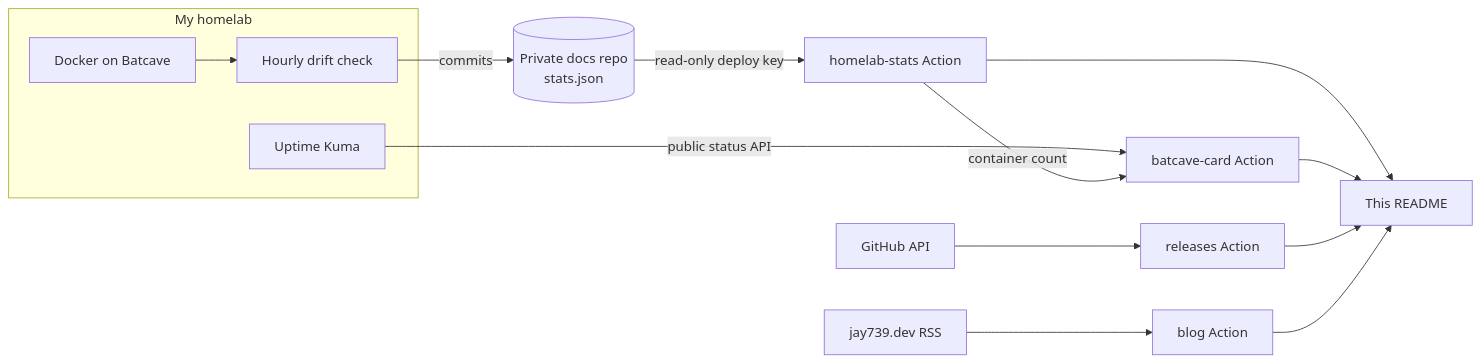
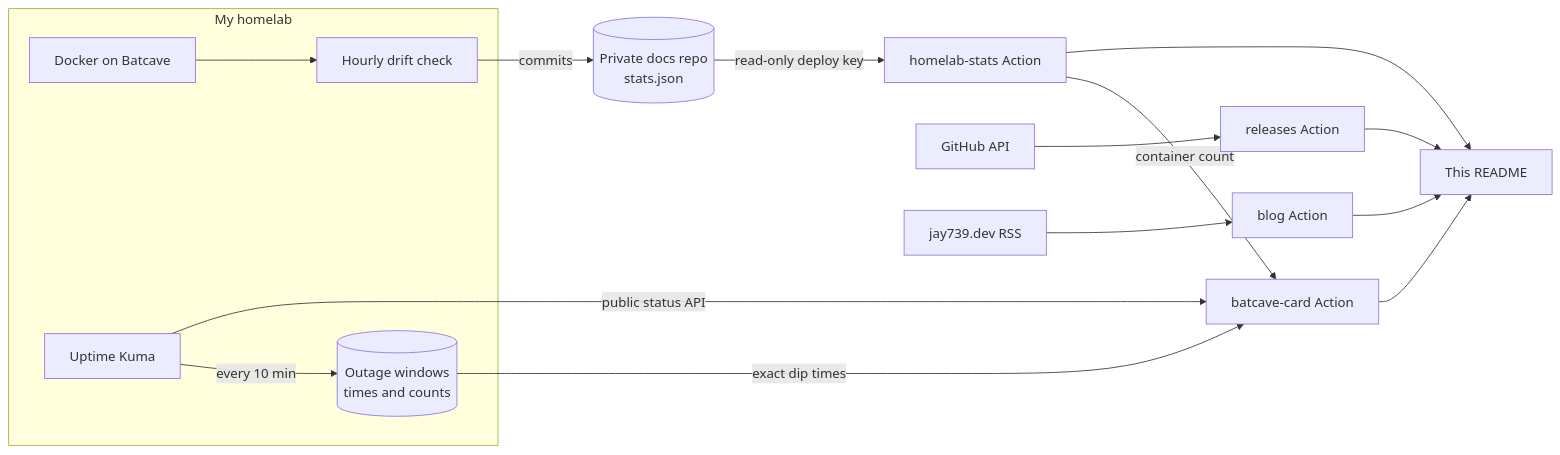
The diagram in README.md (jay739/jay739), drawn with Mermaid before and after one commit. The commit also changed other lines of this file and 1 other file, not shown here.

First line of the commit message:
Feed the outage windows to the Batcave card

````diff
--- a/README.md
+++ b/README.md
@@ -102,17 +102,18 @@
 ```mermaid
 flowchart LR
   subgraph lab["My homelab"]
     docker["Docker on Batcave"] --> drift["Hourly drift check"]
-    kuma["Uptime Kuma"]
+    kuma["Uptime Kuma"] -->|"every 10 min"| windows[("Outage windows<br/>times and counts")]
   end
   drift -->|"commits"| docs[("Private docs repo<br/>stats.json")]
   docs -->|"read-only deploy key"| hs["homelab-stats Action"]
   kuma -->|"public status API"| bc["batcave-card Action"]
+  windows -->|"exact dip times"| bc
   hs -->|"container count"| bc
   gh["GitHub API"] --> rel["releases Action"]
   rss["jay739.dev RSS"] --> blog["blog Action"]
   hs --> readme["This README"]
   bc --> readme
   rel --> readme
   blog --> readme
 ```
````
